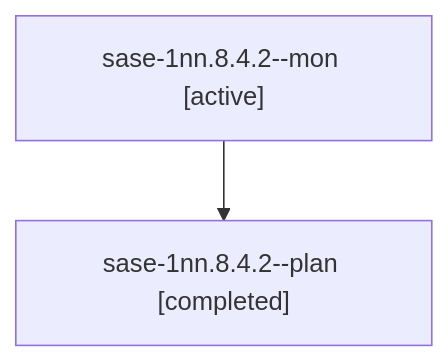
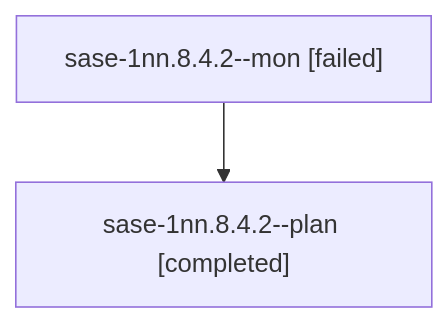
Before and after one commit to sase-org/sase--agents: the diagram in sessions/bbugyi200.athena.sase-1nn.8.4.2.md, drawn with Mermaid. The commit also changed other lines of this file and 122 other files, not shown here.

````diff
--- a/sessions/bbugyi200.athena.sase-1nn.8.4.2.md
+++ b/sessions/bbugyi200.athena.sase-1nn.8.4.2.md
@@ -9,6 +9,6 @@
 ```mermaid
 flowchart TD
-  n0["sase-1nn.8.4.2--mon [active]"]
+  n0["sase-1nn.8.4.2--mon [failed]"]
   n1["sase-1nn.8.4.2--plan [completed]"]
   n0 --> n1
 ```
````
